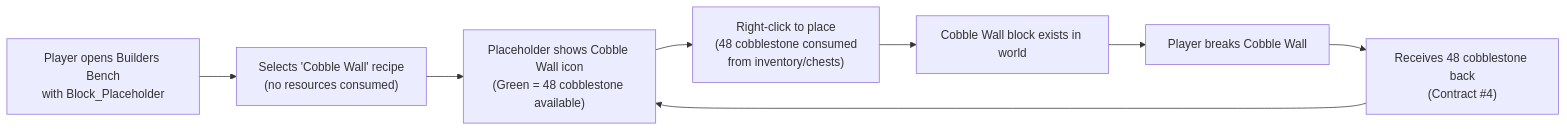
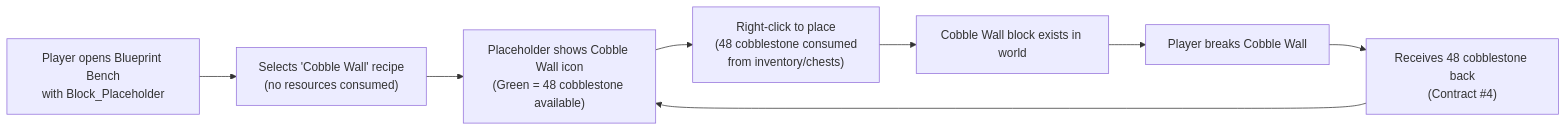
One commit to TheCodeCreature/Hytale-Example-Plugin changed the third of 3 diagrams in docs/product/vision.md. Above: the diagram before and after it, drawn with Mermaid. The commit also changed other lines of this file and 12 other files, not shown here.

First line of the commit message:
Refactor PlaceBlock Building Tool Documentation and Introduce Blueprint Bench

````diff
--- a/docs/product/vision.md
+++ b/docs/product/vision.md
@@ -103,10 +118,10 @@
 ```mermaid
 flowchart LR
-    A["Player opens Builders Bench\nwith Block_Placeholder"] --> B["Selects 'Cobble Wall' recipe\n(no resources consumed)"]
+    A["Player opens Blueprint Bench\nwith Block_Placeholder"] --> B["Selects 'Cobble Wall' recipe\n(no resources consumed)"]
     B --> C["Placeholder shows Cobble Wall icon\n(Green = 48 cobblestone available)"]
     C --> D["Right-click to place\n(48 cobblestone consumed\nfrom inventory/chests)"]
     D --> E["Cobble Wall block exists in world"]
     E --> F["Player breaks Cobble Wall"]
     F --> G["Receives 48 cobblestone back\n(Contract #4)"]
     G --> C
 ```
````
